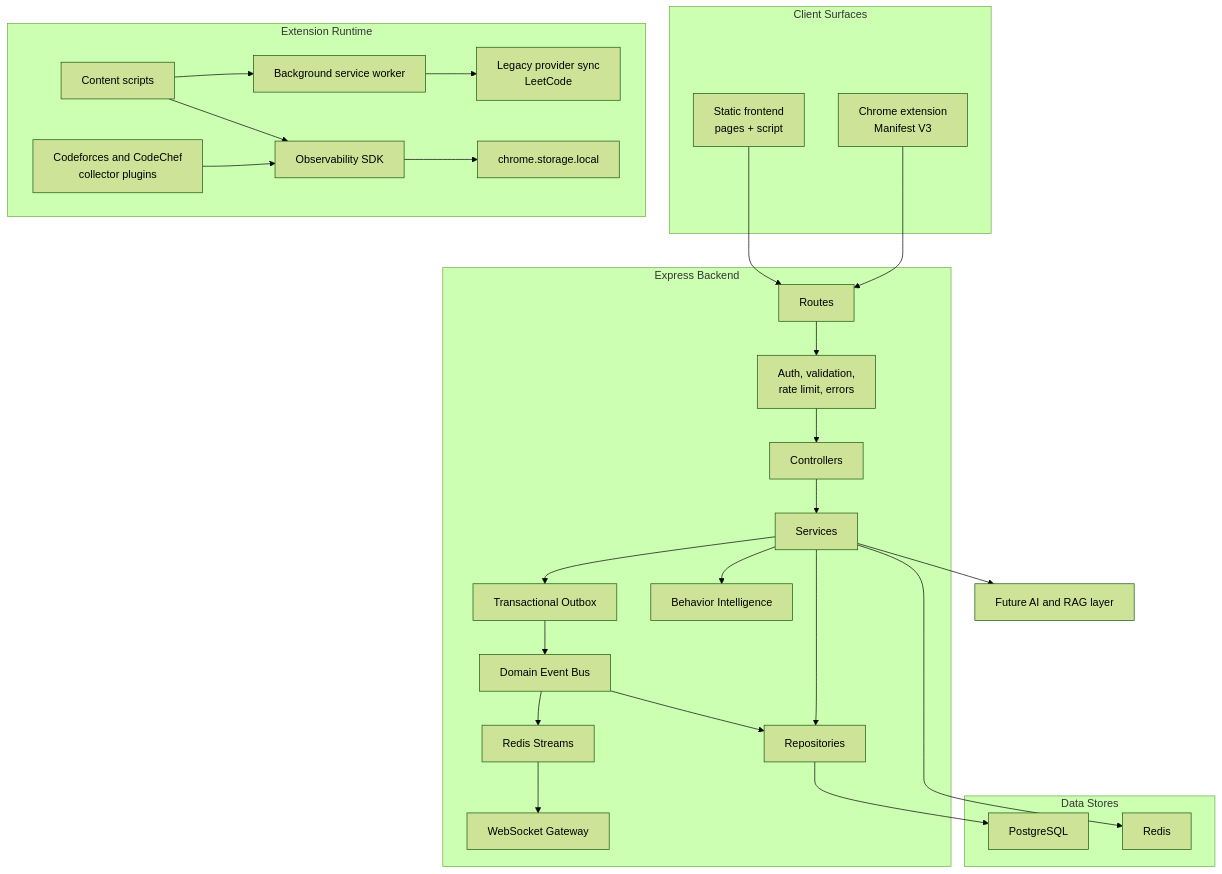
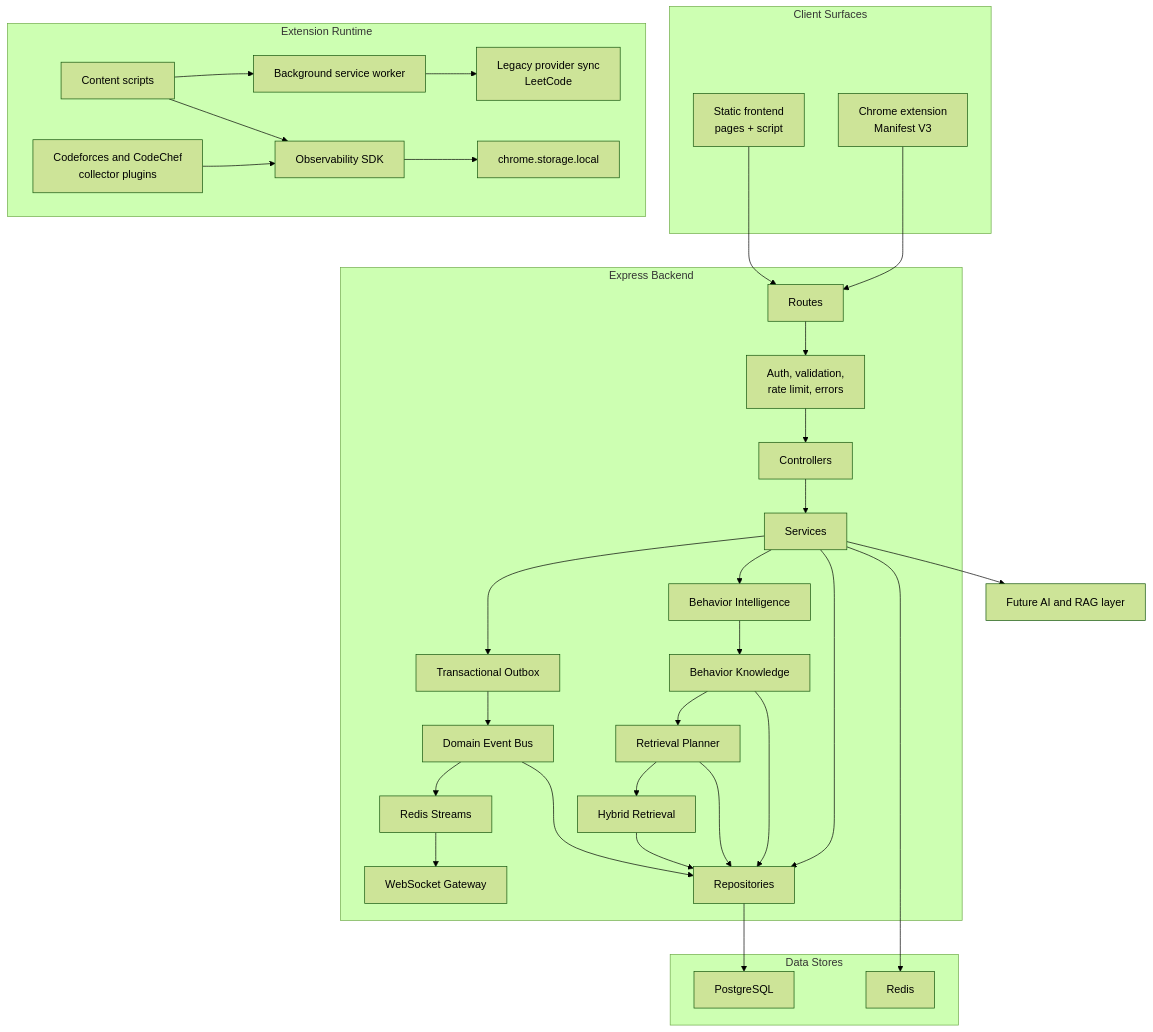
Before and after one commit to Absosh/CPInsight: the first of 2 diagrams in docs/architecture/system-overview.md, drawn with Mermaid (forest theme). The commit also changed other lines of this file and 74 other files, not shown here.

Commit message:
feat(ai): add behavior knowledge and retrieval engines

````diff
--- a/docs/architecture/system-overview.md
+++ b/docs/architecture/system-overview.md
@@ -9,57 +9,66 @@
 ```mermaid
 flowchart TB
   subgraph Client["Client Surfaces"]
     Frontend["Static frontend\npages + script"]
     Extension["Chrome extension\nManifest V3"]
   end
 
   subgraph ExtensionRuntime["Extension Runtime"]
     SW["Background service worker"]
     Content["Content scripts"]
     Providers["Legacy provider sync\nLeetCode"]
     SDK["Observability SDK"]
     Collectors["Codeforces and CodeChef\ncollector plugins"]
     ChromeStorage["chrome.storage.local"]
   end
 
   subgraph API["Express Backend"]
     Routes["Routes"]
     Controllers["Controllers"]
     Services["Services"]
     Outbox["Transactional Outbox"]
     DomainBus["Domain Event Bus"]
     RedisEvents["Redis Streams"]
     Realtime["WebSocket Gateway"]
     Behavior["Behavior Intelligence"]
+    Knowledge["Behavior Knowledge"]
+    Planner["Retrieval Planner"]
+    Retrieval["Hybrid Retrieval"]
     Repositories["Repositories"]
     Middleware["Auth, validation,\nrate limit, errors"]
   end
 
   subgraph Data["Data Stores"]
     Postgres["PostgreSQL"]
     Redis["Redis"]
   end
 
   FutureAI["Future AI and RAG layer"]
 
   Frontend --> Routes
   Extension --> Routes
   Content --> SW
   Content --> SDK
   Collectors --> SDK
   SDK --> ChromeStorage
   SW --> Providers
   Routes --> Middleware
   Middleware --> Controllers
   Controllers --> Services
   Services --> Outbox
   Outbox --> DomainBus
   DomainBus --> RedisEvents
   RedisEvents --> Realtime
   Services --> Behavior
+  Behavior --> Knowledge
+  Knowledge --> Planner
+  Planner --> Retrieval
+  Retrieval --> Repositories
+  Planner --> Repositories
+  Knowledge --> Repositories
   DomainBus --> Repositories
   Services --> Repositories
   Repositories --> Postgres
   Services --> Redis
   Services --> FutureAI
 ```
````
